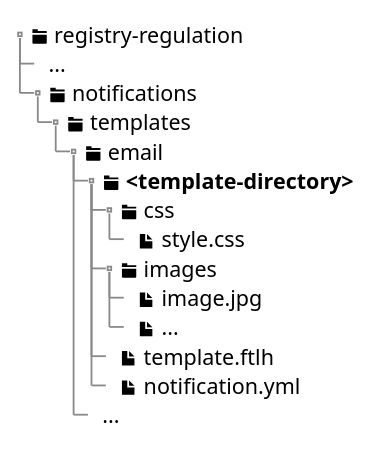
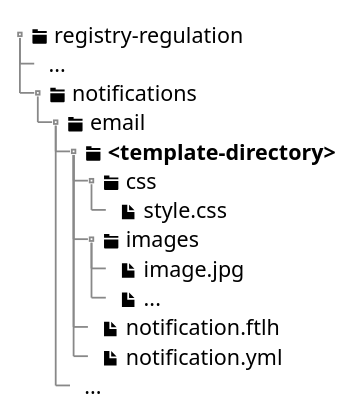
The diagram in modules/tech/partials/lowcode/notifications/email/email-notification-structure.puml (epam/edp-ddm-architecture), drawn with PlantUML before and after one commit. The commit also changed 7 other files, not shown here.

```diff
--- a/modules/tech/partials/lowcode/notifications/email/email-notification-structure.puml
+++ b/modules/tech/partials/lowcode/notifications/email/email-notification-structure.puml
@@ -1,20 +1,19 @@
 @startsalt
 {
 {T
 + <&folder> registry-regulation
 ++ ...
 ++ <&folder> notifications
-+++ <&folder> templates
-++++ <&folder> email
-+++++ <&folder> <b><template-directory></b>
-++++++ <&folder> css
-+++++++ <&file> style.css
-++++++ <&folder> images
-+++++++ <&file> image.jpg
-+++++++ <&file> ...
-++++++ <&file> template.ftlh
-++++++ <&file> notification.yml
-+++++ ...
++++ <&folder> email
+++++ <&folder> <b><template-directory></b>
++++++ <&folder> css
+++++++ <&file> style.css
++++++ <&folder> images
+++++++ <&file> image.jpg
+++++++ <&file> ...
++++++ <&file> notification.ftlh
++++++ <&file> notification.yml
+++++ ...
 }
 }
 @endsalt
```
